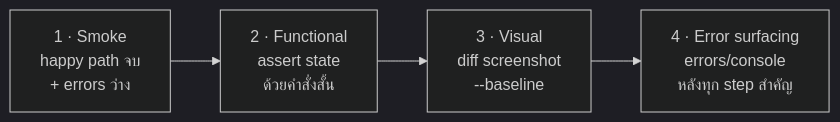
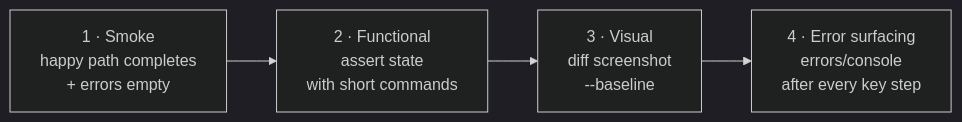
Before and after one commit to wichtking/agent-browser-qa: the third of 5 diagrams in docs/ARCHITECTURE.md, drawn with Mermaid (dark theme). The commit also changed other lines of this file and 6 other files, not shown here.

````diff
--- a/docs/ARCHITECTURE.md
+++ b/docs/ARCHITECTURE.md
@@ -69,6 +70,6 @@
 ```mermaid
 flowchart LR
-    s["1 · Smoke<br/>happy path จบ<br/>+ errors ว่าง"] --> f["2 · Functional<br/>assert state<br/>ด้วยคำสั่งสั้น"]
+    s["1 · Smoke<br/>happy path completes<br/>+ errors empty"] --> f["2 · Functional<br/>assert state<br/>with short commands"]
     f --> v["3 · Visual<br/>diff screenshot<br/>--baseline"]
-    v --> e["4 · Error surfacing<br/>errors/console<br/>หลังทุก step สำคัญ"]
+    v --> e["4 · Error surfacing<br/>errors/console<br/>after every key step"]
 ```
````
